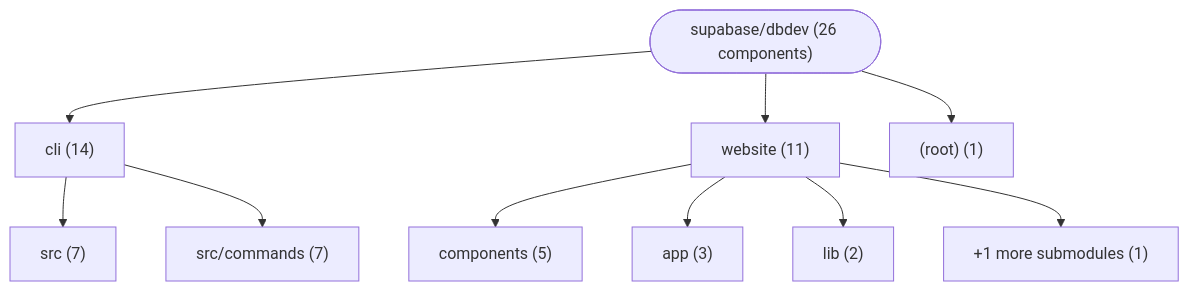
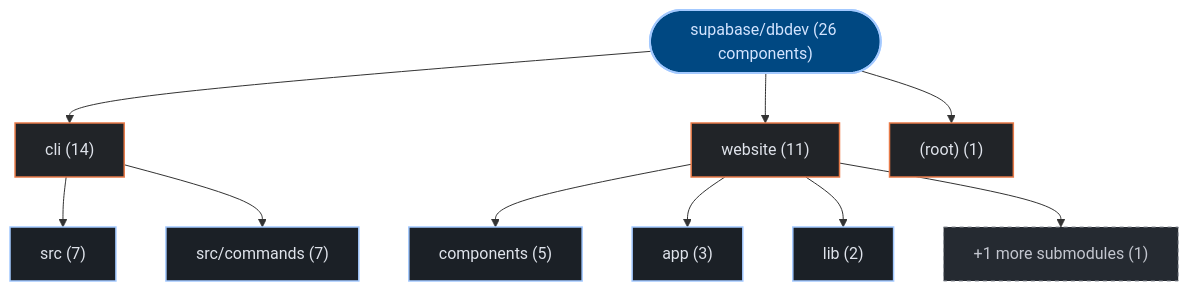
The first of 3 diagrams in exports/latest/reports/supabase-dbdev-report.md (kumarshaz/atruss-code-atlas), drawn with Mermaid before and after one commit. The commit also changed other lines of this file and 331 other files, not shown here.

Commit message:
docs,ui,fix: update SDLC docs, reorder CI/CD DAG first, stylize Mermaid, and fix Arc42 pipeline topology

````diff
--- a/exports/latest/reports/supabase-dbdev-report.md
+++ b/exports/latest/reports/supabase-dbdev-report.md
@@ -42,22 +42,29 @@
 ```mermaid
 graph TD;
-    repo_root(["supabase/dbdev (26 components)"])
-    dir_0_cli["cli (14)"]
+  classDef atlasRoot fill:#004882,stroke:#a3c9ff,stroke-width:2px,color:#d3e4ff
+  classDef atlasCategory fill:#212428,stroke:#E87A48,stroke-width:1.5px,color:#dfe3eb
+  classDef atlasWorkflow fill:#1b2026,stroke:#a3c9ff,stroke-width:1.5px,color:#dfe3eb
+  classDef atlasJob fill:#171c22,stroke:#8d9199,stroke-width:1px,color:#dfe3eb
+  classDef atlasTarget fill:#005227,stroke:#8bd99b,stroke-width:1.5px,color:#a7f6b6
+  classDef atlasAlert fill:#93000a,stroke:#ffb4ab,stroke-width:1.5px,color:#ffdad6
+  classDef atlasMore fill:#252a31,stroke:#8d9199,stroke-dasharray:4 4,color:#c3c6cf
+    repo_root(["supabase/dbdev (26 components)"]):::atlasRoot
+    dir_0_cli["cli (14)"]:::atlasCategory
     repo_root --> dir_0_cli
-    sub_0_0_src["src (7)"]
+    sub_0_0_src["src (7)"]:::atlasWorkflow
     dir_0_cli --> sub_0_0_src
-    sub_0_1_src_commands["src/commands (7)"]
+    sub_0_1_src_commands["src/commands (7)"]:::atlasWorkflow
     dir_0_cli --> sub_0_1_src_commands
-    dir_1_website["website (11)"]
+    dir_1_website["website (11)"]:::atlasCategory
     repo_root --> dir_1_website
-    sub_1_0_components["components (5)"]
+    sub_1_0_components["components (5)"]:::atlasWorkflow
     dir_1_website --> sub_1_0_components
-    sub_1_1_app["app (3)"]
+    sub_1_1_app["app (3)"]:::atlasWorkflow
     dir_1_website --> sub_1_1_app
-    sub_1_2_lib["lib (2)"]
+    sub_1_2_lib["lib (2)"]:::atlasWorkflow
     dir_1_website --> sub_1_2_lib
-    sub_1_more["+1 more submodules (1)"]
+    sub_1_more["+1 more submodules (1)"]:::atlasMore
     dir_1_website --> sub_1_more
-    dir_2__root_["(root) (1)"]
+    dir_2__root_["(root) (1)"]:::atlasCategory
     repo_root --> dir_2__root_
 ```
````
